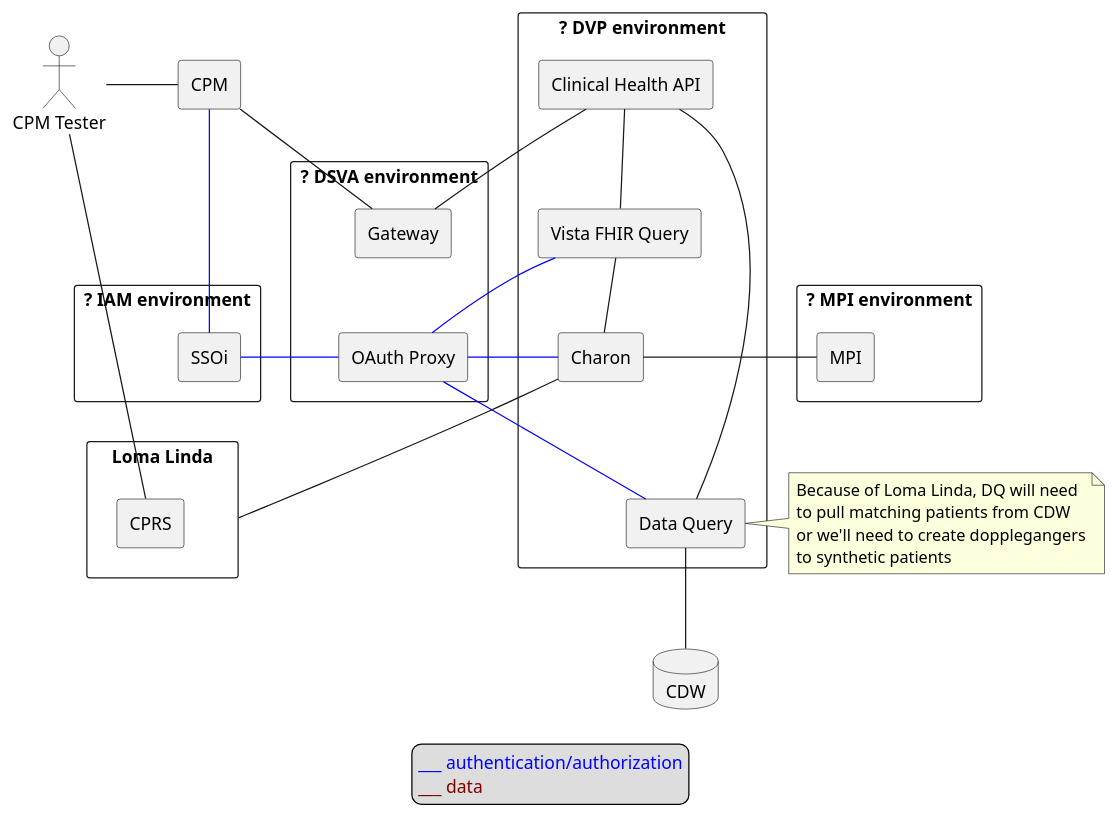
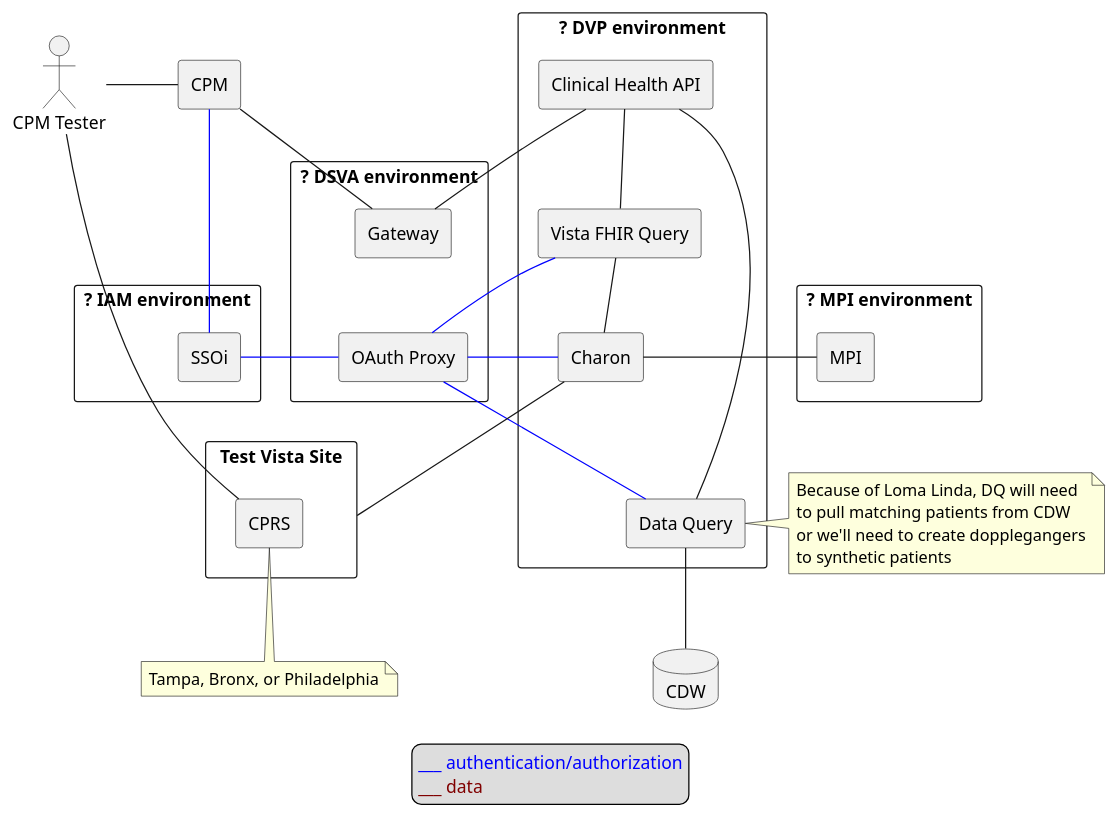
One commit to department-of-veterans-affairs/health-apis-clinical-fhir changed the diagram in src/plantuml/environments.puml. Above: the diagram before and after it, drawn with PlantUML. The commit also changed 2 other files, not shown here.

```diff
--- a/src/plantuml/environments.puml
+++ b/src/plantuml/environments.puml
@@ -1,63 +1,67 @@
 @startuml
 
 actor "CPM Tester" as TESTER
 rectangle CPM
-rectangle "Loma Linda" as VISTA {
+rectangle "Test Vista Site" as VISTA {
   rectangle CPRS
 }
 
 rectangle "? DSVA environment" as DSVA_ENV {
   rectangle "Gateway" as GW
   rectangle "OAuth Proxy" as AUTH
 }
 
 rectangle "? IAM environment" as SSOI_ENV {
   rectangle SSOi
 }
 
 rectangle "? MPI environment" as MPI_ENV {
   rectangle MPI
 }
 
 rectangle "? DVP environment" as DVP_ENV {
  rectangle "Clinical Health API" as CHAPI
  rectangle "Data Query" as DQ
  rectangle "Vista FHIR Query" as VFQ
  rectangle "Charon" as CHARON
 }
 
 database CDW
 
 TESTER - CPM
 TESTER -- CPRS
 
 CPM -- GW
 CPM -[#blue]- SSOi
 AUTH -[#blue]right- SSOi
 AUTH -[#blue]- CHARON
 
 GW -- CHAPI
 CHAPI -- VFQ
 CHAPI ---- DQ
 DQ -- CDW
 DQ -[#blue]- AUTH
 VFQ -- CHARON
 VFQ -[#blue]- AUTH
 CHARON -- VISTA
 CHARON - MPI
 
 GW .[hidden]. AUTH
 
 legend
 <color:blue>___ authentication/authorization
 <color:maroon>___ data
 end legend
 
 note right of DQ
 Because of Loma Linda, DQ will need
 to pull matching patients from CDW
 or we'll need to create dopplegangers
 to synthetic patients
 end note
 
+note bottom of CPRS
+Tampa, Bronx, or Philadelphia
+end note
+
 @enduml
```
